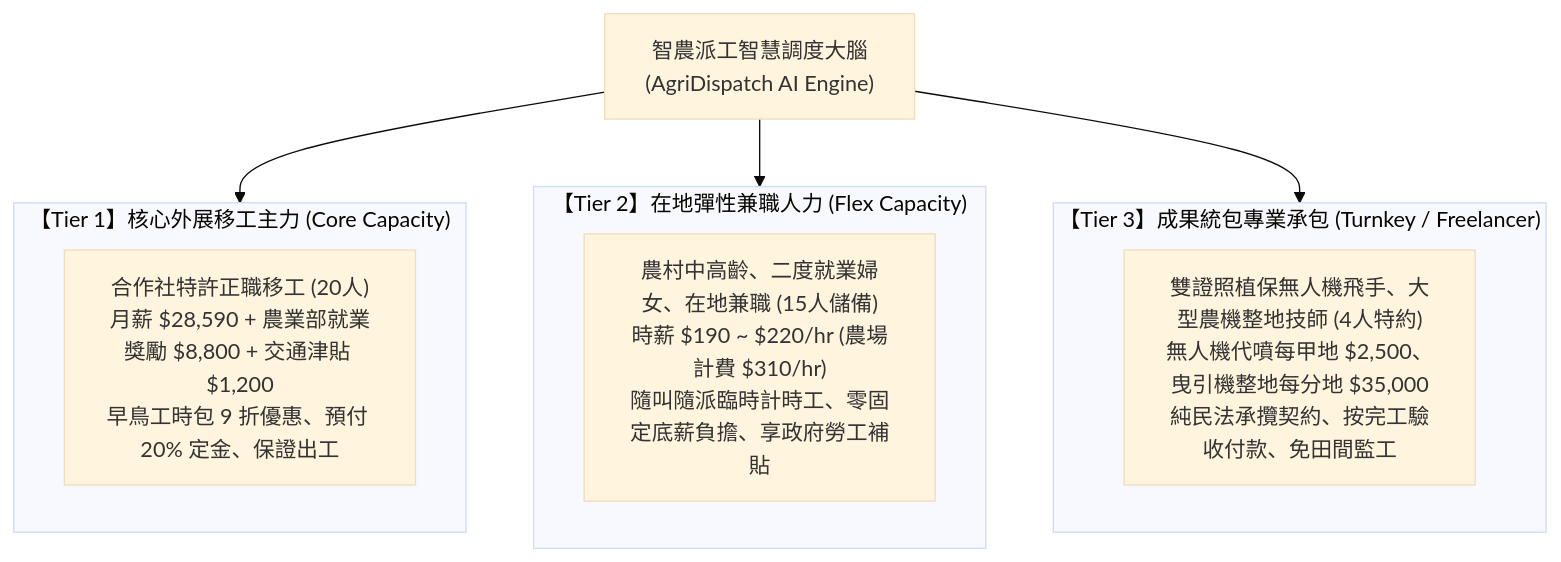
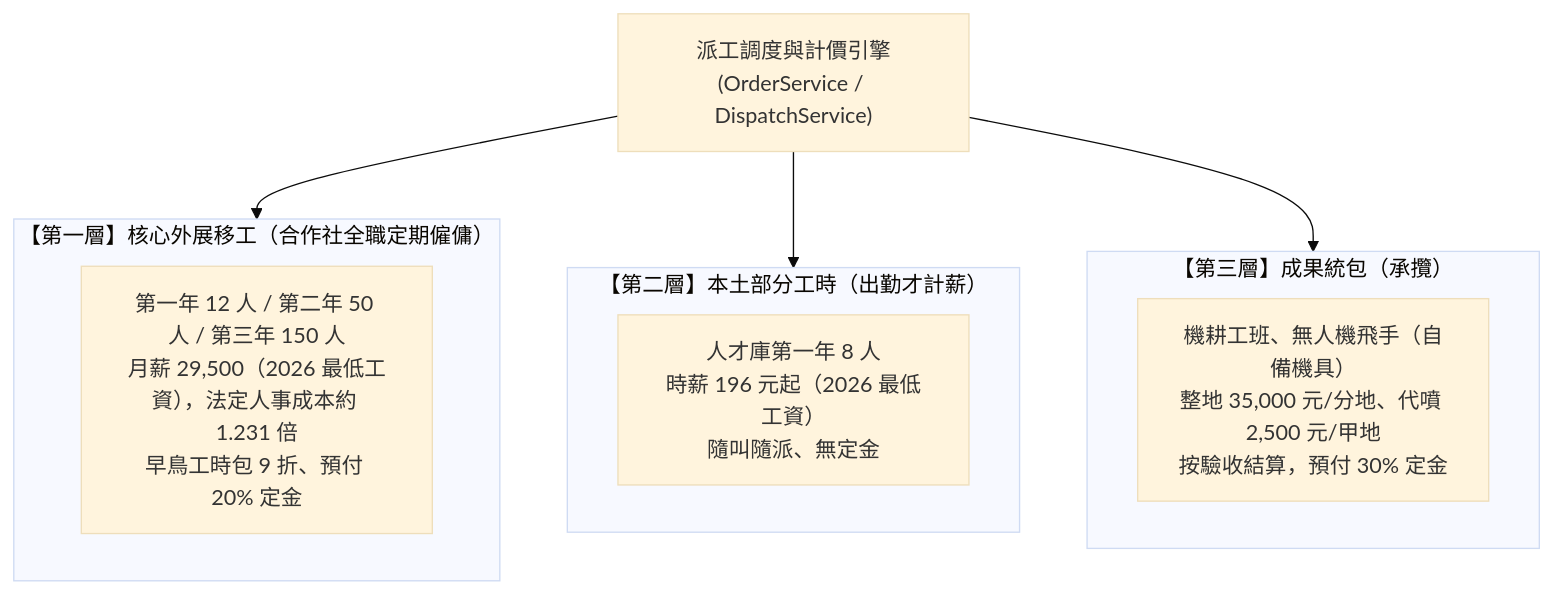
Before and after one commit to xx8888x/agridispatch: the first of 5 diagrams in Software/Doc/01_系統分析與架構設計規格書.md, drawn with Mermaid (base theme). The commit also changed other lines of this file and 7 other files, not shown here.

First line of the commit message:
系統規格書與 ERD 改寫為 v3.0：依實際程式碼描述架構、安全、API 與資料模型

````diff
--- a/Software/Doc/01_系統分析與架構設計規格書.md
+++ b/Software/Doc/01_系統分析與架構設計規格書.md
@@ -29,18 +28,15 @@
 ```mermaid
 flowchart TD
-    subgraph Tier1 ["【Tier 1】核心外展移工主力 (Core Capacity)"]
-        T1_Desc["合作社特許正職移工 (20人)<br/>月薪 $28,590 + 農業部就業獎勵 $8,800 + 交通津貼 $1,200<br/>早鳥工時包 9 折優惠、預付 20% 定金、保證出工"]
+    subgraph Tier1 ["【第一層】核心外展移工（合作社全職定期僱傭）"]
+        T1_Desc["第一年 12 人 / 第二年 50 人 / 第三年 150 人<br/>月薪 29,500（2026 最低工資），法定人事成本約 1.231 倍<br/>早鳥工時包 9 折、預付 20% 定金"]
     end
-
-    subgraph Tier2 ["【Tier 2】在地彈性兼職人力 (Flex Capacity)"]
-        T2_Desc["農村中高齡、二度就業婦女、在地兼職 (15人儲備)<br/>時薪 $190 ~ $220/hr (農場計費 $310/hr)<br/>隨叫隨派臨時計時工、零固定底薪負擔、享政府勞工補貼"]
+    subgraph Tier2 ["【第二層】本土部分工時（出勤才計薪）"]
+        T2_Desc["人才庫第一年 8 人<br/>時薪 196 元起（2026 最低工資）<br/>隨叫隨派、無定金"]
     end
-
-    subgraph Tier3 ["【Tier 3】成果統包專業承包 (Turnkey / Freelancer)"]
-        T3_Desc["雙證照植保無人機飛手、大型農機整地技師 (4人特約)<br/>無人機代噴每甲地 $2,500、曳引機整地每分地 $35,000<br/>純民法承攬契約、按完工驗收付款、免田間監工"]
+    subgraph Tier3 ["【第三層】成果統包（承攬）"]
+        T3_Desc["機耕工班、無人機飛手（自備機具）<br/>整地 35,000 元/分地、代噴 2,500 元/甲地<br/>按驗收結算，預付 30% 定金"]
     end
-
-    DispatchEngine["智農派工智慧調度大腦<br/>(AgriDispatch AI Engine)"] --> Tier1
-    DispatchEngine --> Tier2
-    DispatchEngine --> Tier3
+    Engine["派工調度與計價引擎<br/>(OrderService / DispatchService)"] --> Tier1
+    Engine --> Tier2
+    Engine --> Tier3
 ```
````
